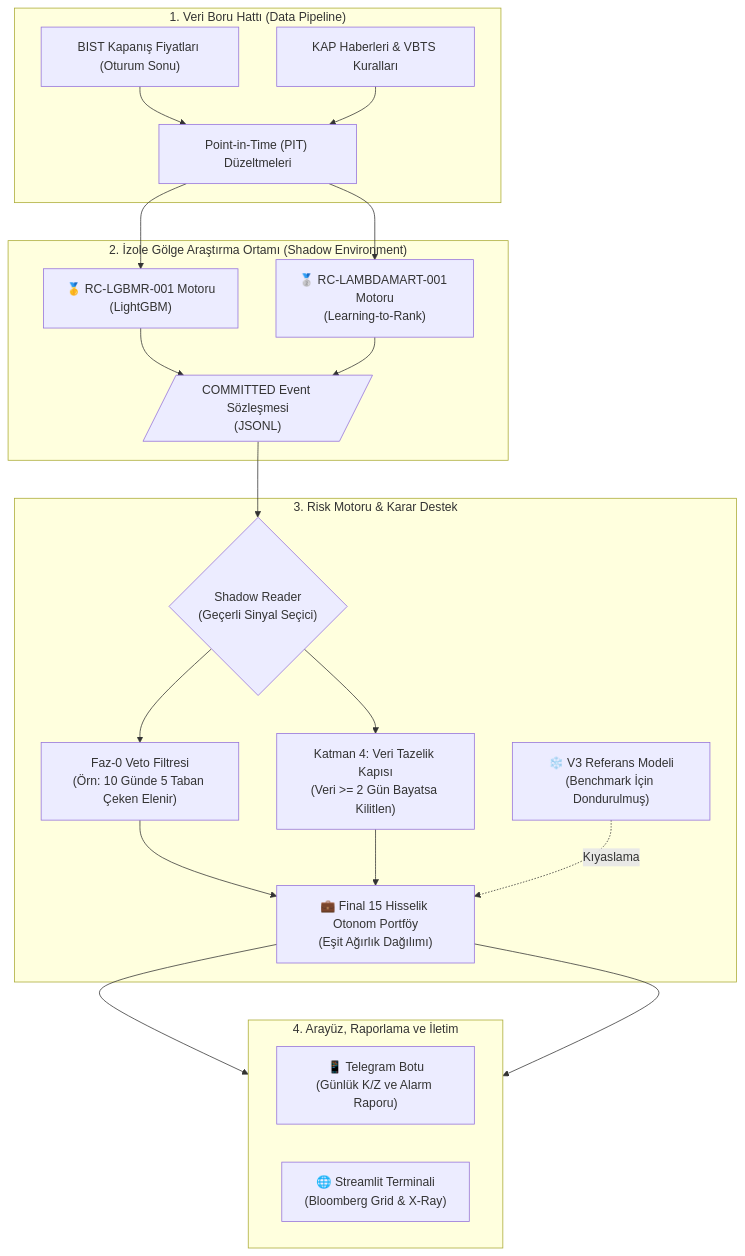
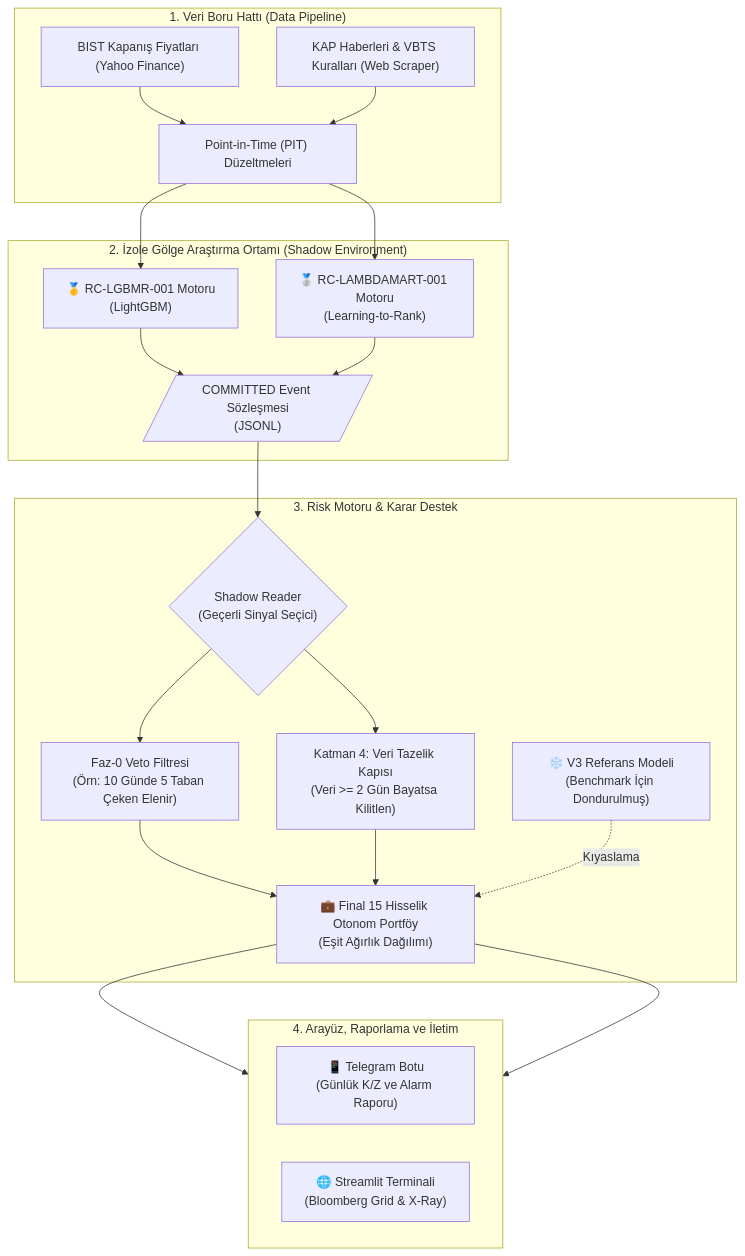
The diagram in README.md (emreerbasli/bist-quant-ranking), drawn with Mermaid before and after one commit. The commit also changed other lines of this file, not shown here.

````diff
--- a/README.md
+++ b/README.md
@@ -35,35 +35,35 @@
 ```mermaid
 graph TD
     %% 1. Veri Katmanı
     subgraph S1 ["1. Veri Boru Hattı (Data Pipeline)"]
-        A1["BIST Kapanış Fiyatları (Oturum Sonu)"] --> A3["Point-in-Time (PIT) Düzeltmeleri"]
-        A2["KAP Haberleri & VBTS Kuralları"] --> A3
+        A1["BIST Kapanış Fiyatları (Yahoo Finance)"] --> A3["Point-in-Time (PIT) Düzeltmeleri"]
+        A2["KAP Haberleri & VBTS Kuralları (Web Scraper)"] --> A3
     end
 
     %% 2. Araştırma ve Olay Katmanı
     subgraph S2 ["2. İzole Gölge Araştırma Ortamı (Shadow Environment)"]
         B1["🥇 RC-LGBMR-001 Motoru<br/>(LightGBM)"]
         B2["🥈 RC-LAMBDAMART-001 Motoru<br/>(Learning-to-Rank)"]
         A3 --> B1
         A3 --> B2
         B1 --> C1[/"COMMITTED Event Sözleşmesi<br/>(JSONL)"/]
         B2 --> C1
     end
 
     %% 3. Risk ve Çıkış Motoru
     subgraph S3 ["3. Risk Motoru & Karar Destek"]
         C1 --> D1{"Shadow Reader<br/>(Geçerli Sinyal Seçici)"}
         D1 --> E1["Faz-0 Veto Filtresi<br/>(Örn: 10 Günde 5 Taban Çeken Elenir)"]
         D1 --> E2["Katman 4: Veri Tazelik Kapısı<br/>(Veri >= 2 Gün Bayatsa Kilitlen)"]
         E1 --> F1["💼 Final 15 Hisselik Otonom Portföy<br/>(Eşit Ağırlık Dağılımı)"]
         E2 --> F1
         F2["❄️ V3 Referans Modeli<br/>(Benchmark İçin Dondurulmuş)"] -. Kıyaslama .-> F1
     end
 
     %% 4. İletişim Arayüzü
     subgraph S4 ["4. Arayüz, Raporlama ve İletim"]
         direction LR
         F1 --> G1["📱 Telegram Botu<br/>(Günlük K/Z ve Alarm Raporu)"]
         F1 --> G2["🌐 Streamlit Terminali<br/>(Bloomberg Grid & X-Ray)"]
     end
 ```
````
